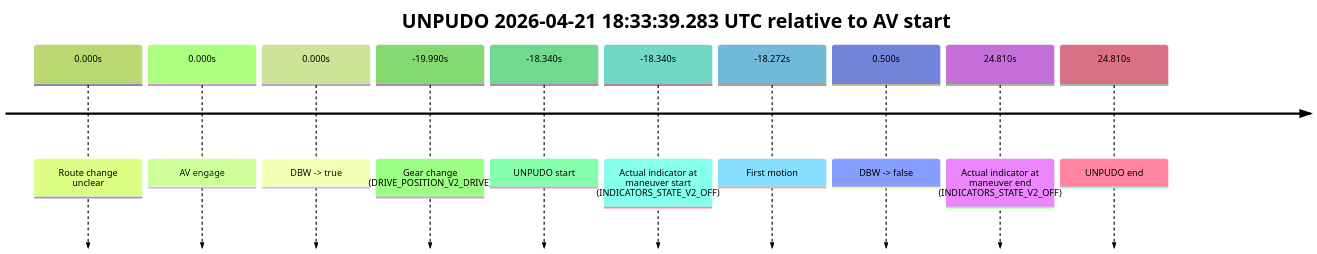
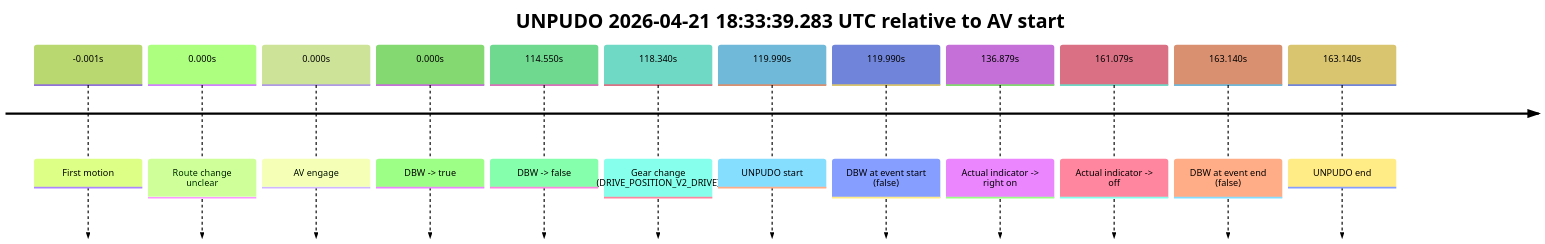
One commit to yoelshapiro/vault changed the second of 4 diagrams in model_analysis/report_cards/2026/04/Week-4/fme20012--2026-04-21--18-04-36--gen2-av-2cbcf7bc-e3b1-4401-aaca-0870f81485c4.md. Above: the diagram before and after it, drawn with Mermaid (forest theme). The commit also changed other lines of this file and 85 other files, not shown here.

````diff
--- a/model_analysis/report_cards/2026/04/Week-4/fme20012--2026-04-21--18-04-36--gen2-av-2cbcf7bc-e3b1-4401-aaca-0870f81485c4.md
+++ b/model_analysis/report_cards/2026/04/Week-4/fme20012--2026-04-21--18-04-36--gen2-av-2cbcf7bc-e3b1-4401-aaca-0870f81485c4.md
@@ -129,14 +132,16 @@
 ```mermaid
 timeline
     title UNPUDO 2026-04-21 18:33:39.283 UTC relative to AV start
+    -0.001s : First motion
     0.000s : Route change unclear
     0.000s : AV engage
     0.000s : DBW -> true
-    -19.990s : Gear change (DRIVE_POSITION_V2_DRIVE)
-    -18.340s : UNPUDO start
-    -18.340s : Actual indicator at maneuver start (INDICATORS_STATE_V2_OFF)
-    -18.272s : First motion
-    0.500s : DBW -> false
-    24.810s : Actual indicator at maneuver end (INDICATORS_STATE_V2_OFF)
-    24.810s : UNPUDO end
+    114.550s : DBW -> false
+    118.340s : Gear change (DRIVE_POSITION_V2_DRIVE)
+    119.990s : UNPUDO start
+    119.990s : DBW at event start (false)
+    136.879s : Actual indicator -> right on
+    161.079s : Actual indicator -> off
+    163.140s : DBW at event end (false)
+    163.140s : UNPUDO end
 ```
````
